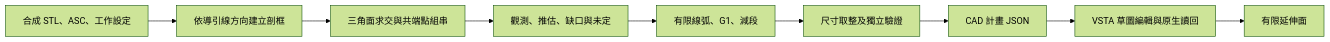
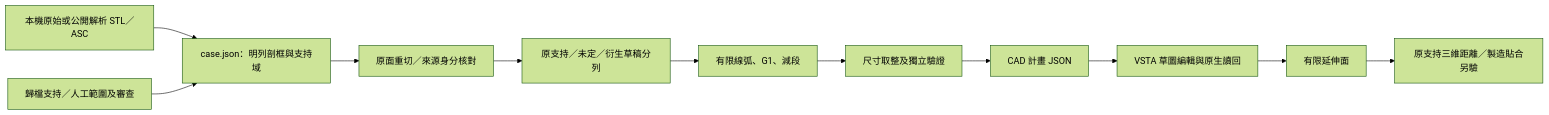
The diagram in docs/system.md (YunXi503/cad-workpiece-automation), drawn with Mermaid (forest theme) before and after one commit. The commit also changed other lines of this file and 12 other files, not shown here.

````diff
--- a/docs/system.md
+++ b/docs/system.md
@@ -9,11 +9,13 @@
 ```mermaid
 flowchart LR
-    A["合成 STL、ASC、工作設定"] --> B["依導引線方向建立剖框"]
-    B --> C["三角面求交與共端點組串"]
-    C --> D["觀測、推估、缺口與未定"]
+    A["本機原始或公開解析 STL／ASC"] --> B["case.json：明列剖框與支持域"]
+    R["歸檔支持／人工範圍及審查"] --> B
+    B --> C["原面重切／來源身分核對"]
+    C --> D["原支持／未定／衍生草稿分列"]
     D --> E["有限線弧、G1、減段"]
     E --> F["尺寸取整及獨立驗證"]
     F --> G["CAD 計畫 JSON"]
     G --> H["VSTA 草圖編輯與原生讀回"]
     H --> I["有限延伸面"]
+    I --> J["原支持三維距離／製造貼合另驗"]
 ```
````
